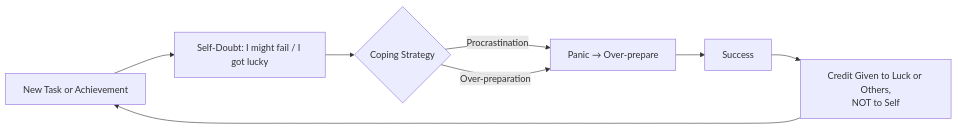
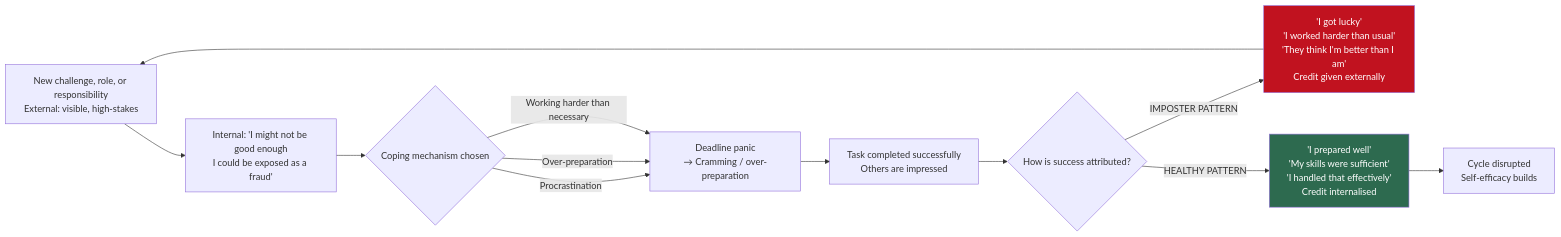
One commit to sivanagaraju/Softskills changed the third of 3 diagrams in 01_Emotional_Intelligence/01_Self_Awareness/03_Developing_a_strong_sense_of_one's_selfworth_and_capabilities/01_Theory_and_Concepts.md. Above: the diagram before and after it, drawn with Mermaid. The commit also changed other lines of this file and 13 other files, not shown here.

````diff
--- a/01_Emotional_Intelligence/01_Self_Awareness/03_Developing_a_strong_sense_of_one's_selfworth_and_capabilities/01_Theory_and_Concepts.md
+++ b/01_Emotional_Intelligence/01_Self_Awareness/03_Developing_a_strong_sense_of_one's_selfworth_and_capabilities/01_Theory_and_Concepts.md
@@ -89,10 +148,23 @@
 ```mermaid
 graph LR
-    A[New Task or Achievement] --> B[Self-Doubt: I might fail / I got lucky]
-    B --> C{Coping Strategy}
-    C -- Procrastination --> D[Panic → Over-prepare]
-    C -- Over-preparation --> D
-    D --> E[Success]
-    E --> F[Credit Given to Luck or Others,<br/>NOT to Self]
-    F --> A
+    A["New challenge, role, or responsibility<br/>External: visible, high-stakes"] 
+    --> B["Internal: 'I might not be good enough<br/>I could be exposed as a fraud'"]
+    --> C{"Coping mechanism chosen"}
+    
+    C -- "Procrastination" --> D["Deadline panic<br/>→ Cramming / over-preparation"]
+    C -- "Over-preparation" --> D
+    C -- "Working harder than necessary" --> D
+    
+    D --> E["Task completed successfully<br/>Others are impressed"]
+    
+    E --> F{"How is success attributed?"}
+    
+    F -- "IMPOSTER PATTERN" --> G["'I got lucky'<br/>'I worked harder than usual'<br/>'They think I'm better than I am'<br/>Credit given externally"]
+    F -- "HEALTHY PATTERN" --> H["'I prepared well'<br/>'My skills were sufficient'<br/>'I handled that effectively'<br/>Credit internalised"]
+    
+    G --> A
+    H --> OUT["Cycle disrupted<br/>Self-efficacy builds"]
+    
+    style G fill:#c1121f,color:#fff
+    style H fill:#2d6a4f,color:#fff
 ```
````
